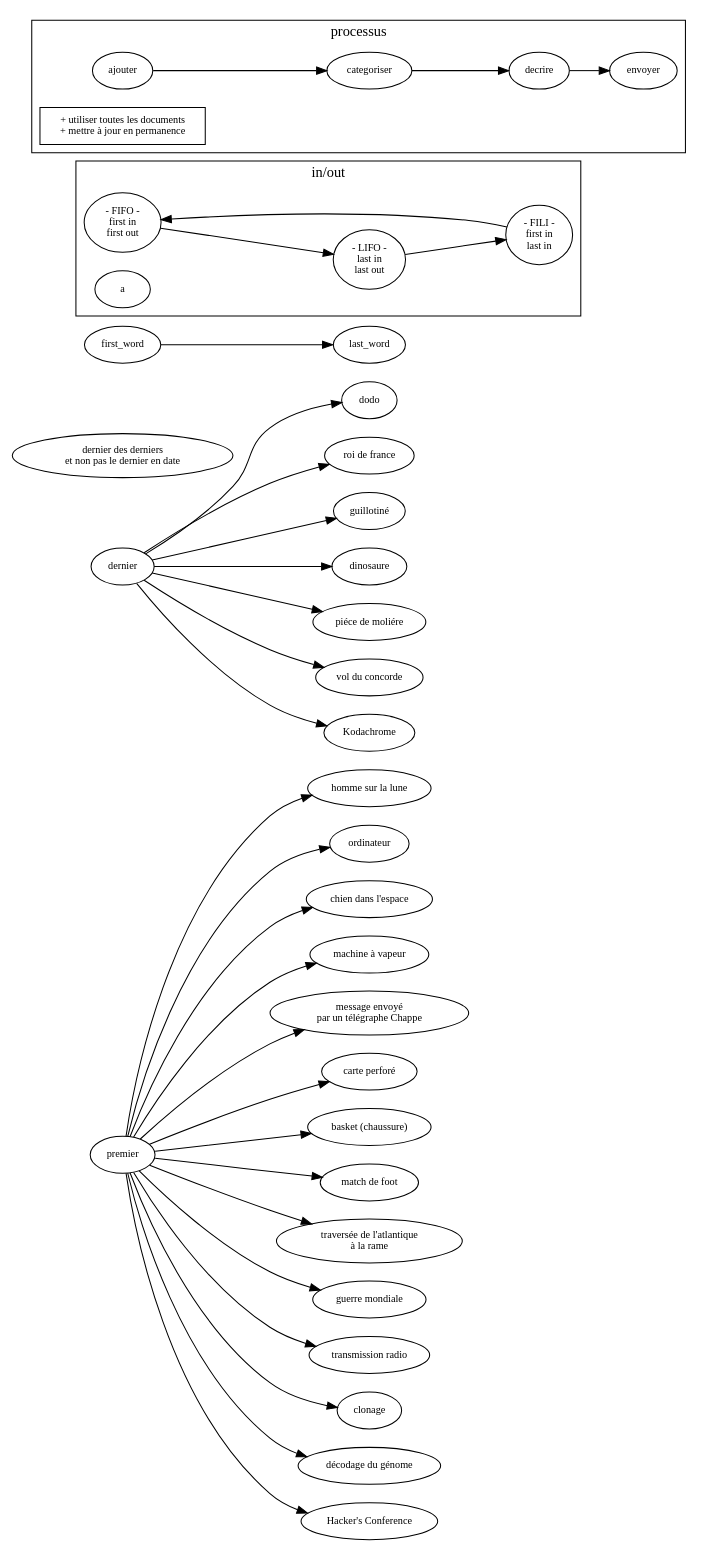
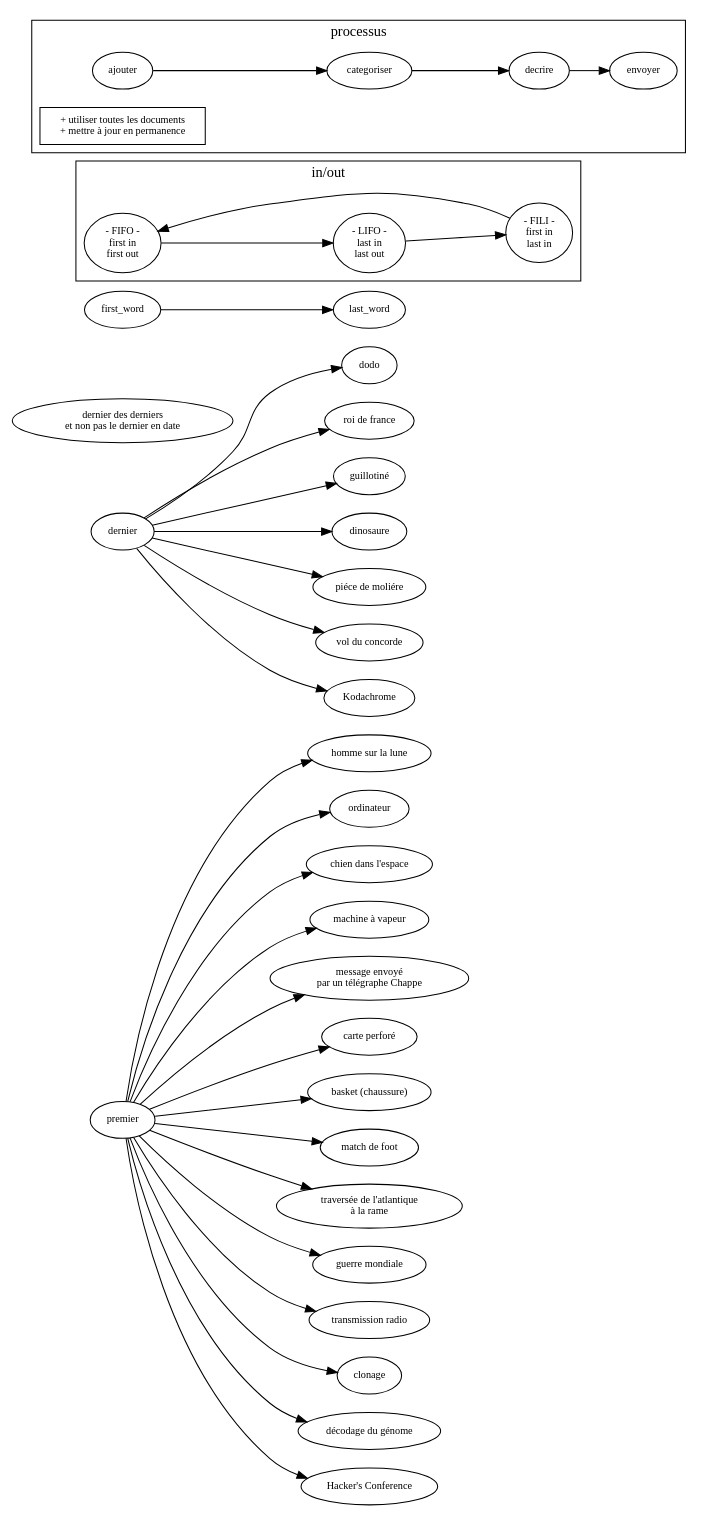
The diagram in sujet.dot (ensad-nancy/first-last), drawn with Graphviz before and after one commit.

Commit message:
+FILI -> FIFO -> LIFO -> FILI

```diff
--- a/sujet.dot
+++ b/sujet.dot
@@ -1,67 +1,65 @@
 digraph {
 
 	layout= "dot"
 	
 
 	fontname="myriadpro"
 	fontsize = 14
 	rankdir="LR"
 	
 	
 	node [fontname="myriadpro", fontsize = 10]
 	edge [fontname="monaco", fontsize = 9]
 	
 	first [label="premier"]
 	last [label="dernier"]
 	
 	"dernier des derniers\n et non pas le dernier en date" 
 
 	first -> "homme sur la lune"
 	first -> "ordinateur"
 	first -> "chien dans l'espace"
 	first -> "machine à vapeur"
 	first -> "message envoyé\npar un télégraphe Chappe"
 	first -> "carte perforé"
 	first -> "basket (chaussure)"
 	first -> "match de foot"
 	first -> "traversée de l'atlantique\nà la rame"
 	first -> "guerre mondiale"
 	first -> "transmission radio"
 	first -> "clonage"
 	first -> "décodage du génome"
 	first -> "Hacker's Conference"
 	
 	last -> dodo
 	last -> "roi de france"
 	last -> "guillotiné"
 	last -> "dinosaure"
 	last -> "piéce de moliére"
 	last -> "vol du concorde"
 	last -> "Kodachrome"
 
 	first_word -> last_word
 	subgraph cluster_FO{
 	
 		label="in/out"
 		
 		FIFO [label="- FIFO -\nfirst in\nfirst out"]
 		LIFO [label="- LIFO -\nlast in\nlast out"]
 		FILI [label="- FILI -\nfirst in\n last in"]
 
-		FILI -> FIFO -> LIFO -> FILI
-		
-		a
+		FILI -> FIFO -> LIFO -> FILI 
 	}
 	
 	subgraph cluster_process {
 		
 		label="processus"
 		
 		//get [label="récolter"]
 		
 		ajouter -> categoriser -> decrire -> envoyer
 		
 		"+ utiliser toutes les documents
 + mettre à jour en permanence" [ shape=box]
 	}
 }
```
